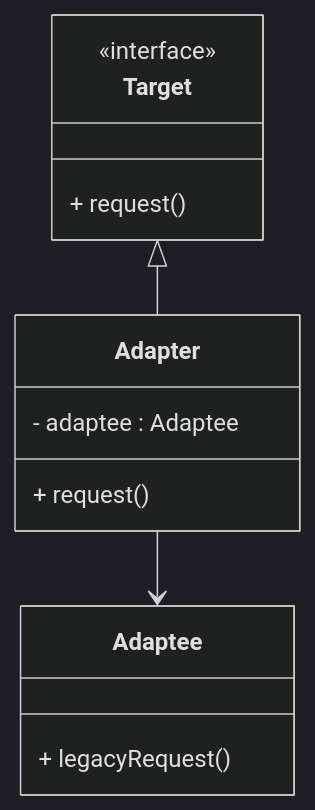
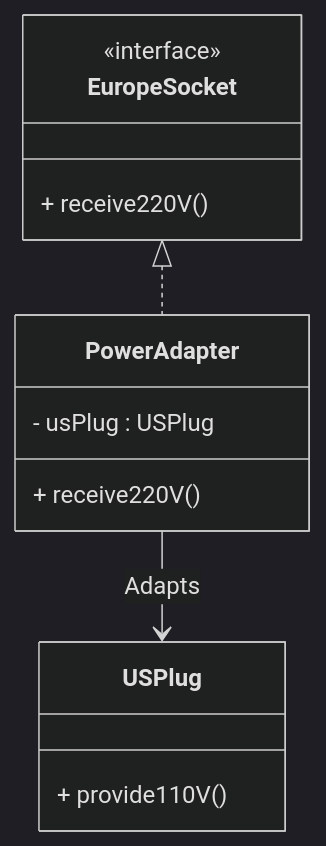
The sixth of 22 diagrams in Readme.md (swapnilphalke97/Design-Pattern), drawn with Mermaid (dark theme) before and after one commit. The commit also changed other lines of this file, not shown here.

````diff
--- a/Readme.md
+++ b/Readme.md
@@ -233,16 +266,16 @@
 ```mermaid
 classDiagram
-    class Target {
+    class EuropeSocket {
         <<interface>>
-        + request()
+        + receive220V()
     }
-    class Adapter {
-        - adaptee : Adaptee
-        + request()
+    class USPlug {
+        + provide110V()
     }
-    class Adaptee {
-        + legacyRequest()
+    class PowerAdapter {
+        - usPlug : USPlug
+        + receive220V()
     }
-    Target <|-- Adapter
-    Adapter --> Adaptee
+    EuropeSocket <|.. PowerAdapter
+    PowerAdapter --> USPlug : Adapts
 ```
````
